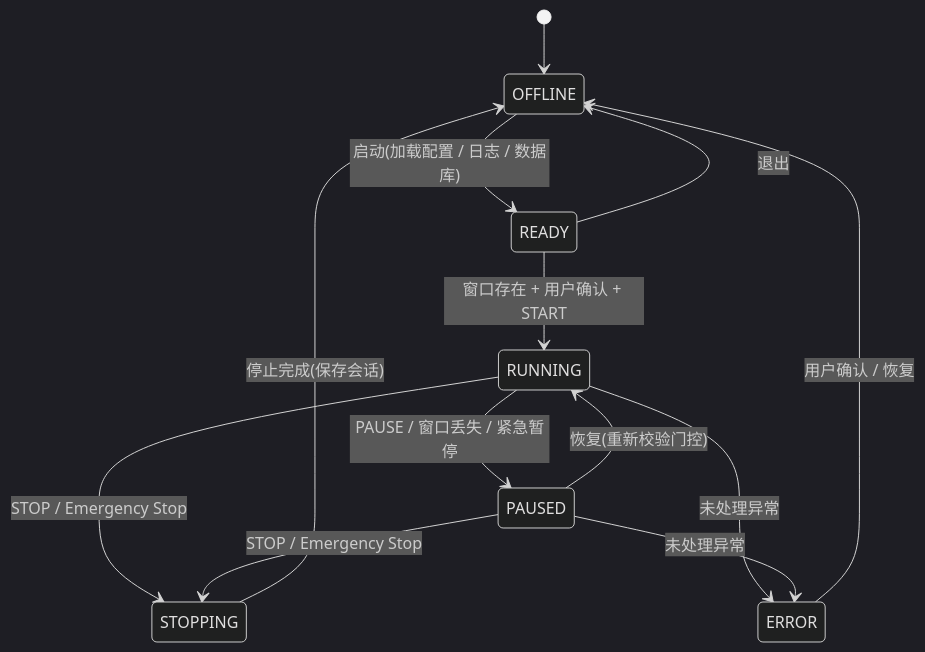
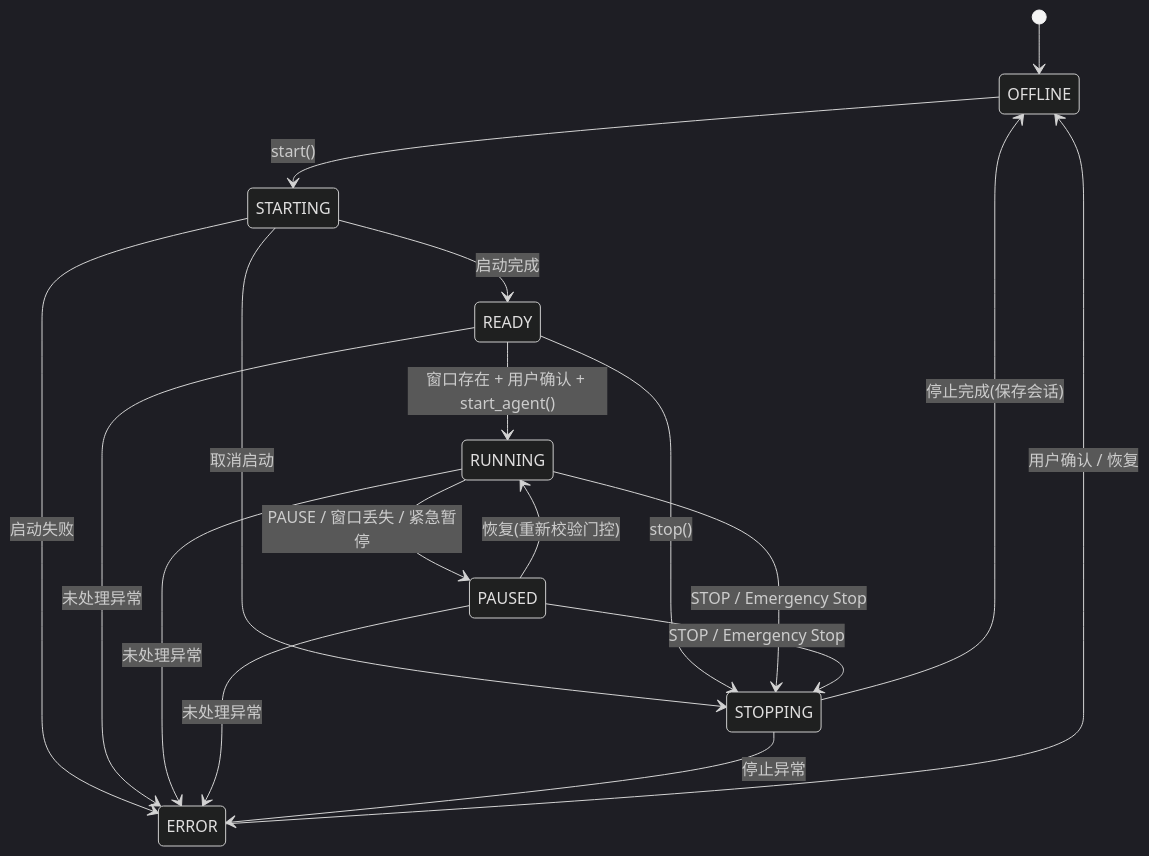
One commit to Yokoo3431/Maple-AI-Companion-Agent changed the fourth of 6 diagrams in docs/02-architecture.md. Above: the diagram before and after it, drawn with Mermaid (dark theme). The commit also changed other lines of this file and 11 other files, not shown here.

````diff
--- a/docs/02-architecture.md
+++ b/docs/02-architecture.md
@@ -98,15 +99,20 @@
 ```mermaid
 stateDiagram-v2
     [*] --> OFFLINE
-    OFFLINE --> READY: 启动(加载配置 / 日志 / 数据库)
-    READY --> RUNNING: 窗口存在 + 用户确认 + START
+    OFFLINE --> STARTING: start()
+    STARTING --> READY: 启动完成
+    STARTING --> STOPPING: 取消启动
+    STARTING --> ERROR: 启动失败
+    READY --> RUNNING: 窗口存在 + 用户确认 + start_agent()
+    READY --> STOPPING: stop()
+    READY --> ERROR: 未处理异常
     RUNNING --> PAUSED: PAUSE / 窗口丢失 / 紧急暂停
     PAUSED --> RUNNING: 恢复(重新校验门控)
     RUNNING --> STOPPING: STOP / Emergency Stop
     PAUSED --> STOPPING: STOP / Emergency Stop
-    STOPPING --> OFFLINE: 停止完成(保存会话)
-    READY --> OFFLINE: 退出
     RUNNING --> ERROR: 未处理异常
     PAUSED --> ERROR: 未处理异常
+    STOPPING --> OFFLINE: 停止完成(保存会话)
+    STOPPING --> ERROR: 停止异常
     ERROR --> OFFLINE: 用户确认 / 恢复
 ```
````
